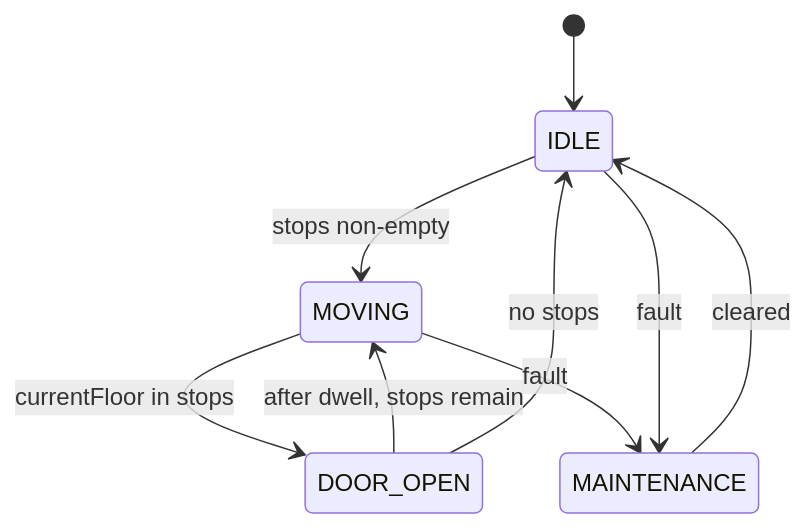
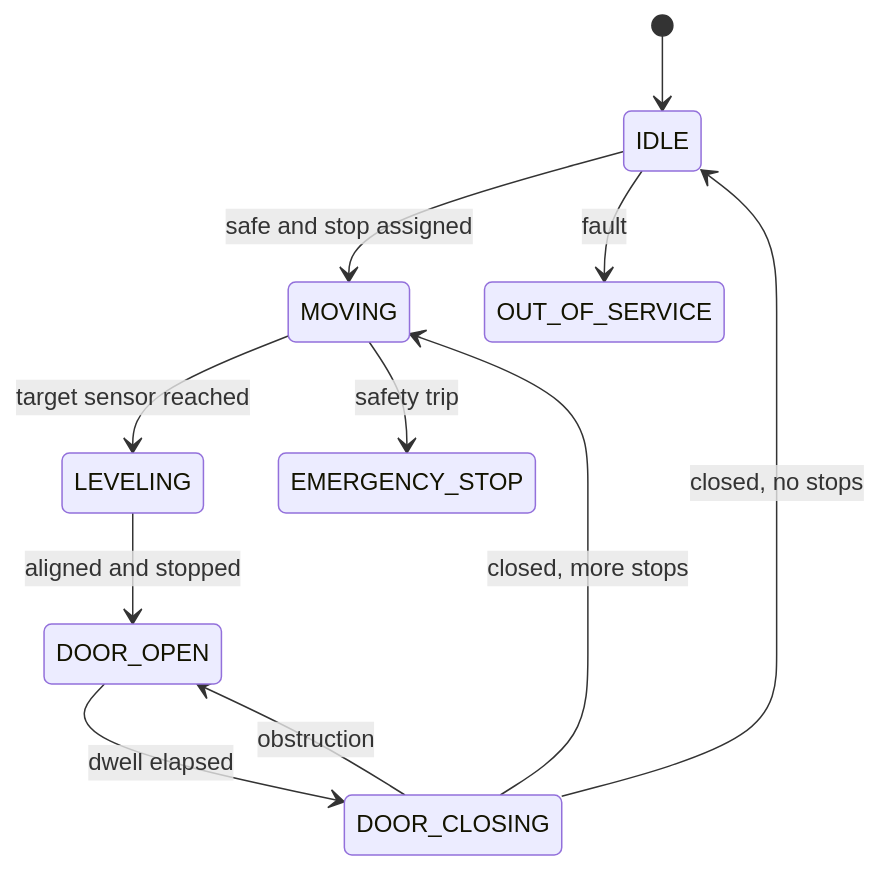
One commit to Chirumamilla1522/c3-ai changed diagram 15 of 32 in system_design.md. Above: the diagram before and after it, drawn with Mermaid. The commit also changed other lines of this file and 1 other file, not shown here.

````diff
--- a/system_design.md
+++ b/system_design.md
@@ -1375,11 +1561,13 @@
 ```mermaid
 stateDiagram-v2
   [*] --> IDLE
-  IDLE --> MOVING: stops non-empty
-  MOVING --> DOOR_OPEN: currentFloor in stops
-  DOOR_OPEN --> MOVING: after dwell, stops remain
-  DOOR_OPEN --> IDLE: no stops
-  MOVING --> MAINTENANCE: fault
-  IDLE --> MAINTENANCE: fault
-  MAINTENANCE --> IDLE: cleared
+  IDLE --> MOVING: safe and stop assigned
+  MOVING --> LEVELING: target sensor reached
+  LEVELING --> DOOR_OPEN: aligned and stopped
+  DOOR_OPEN --> DOOR_CLOSING: dwell elapsed
+  DOOR_CLOSING --> DOOR_OPEN: obstruction
+  DOOR_CLOSING --> IDLE: closed, no stops
+  DOOR_CLOSING --> MOVING: closed, more stops
+  IDLE --> OUT_OF_SERVICE: fault
+  MOVING --> EMERGENCY_STOP: safety trip
 ```
````
